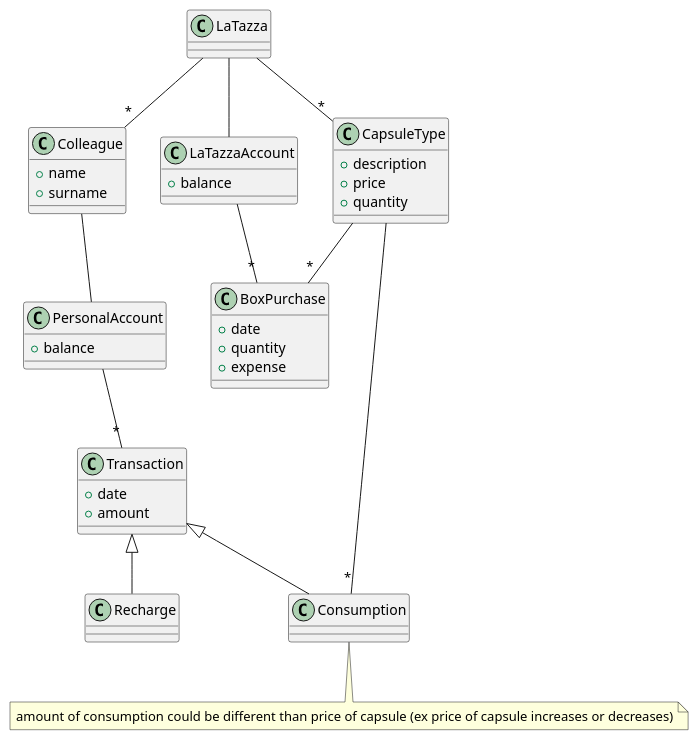
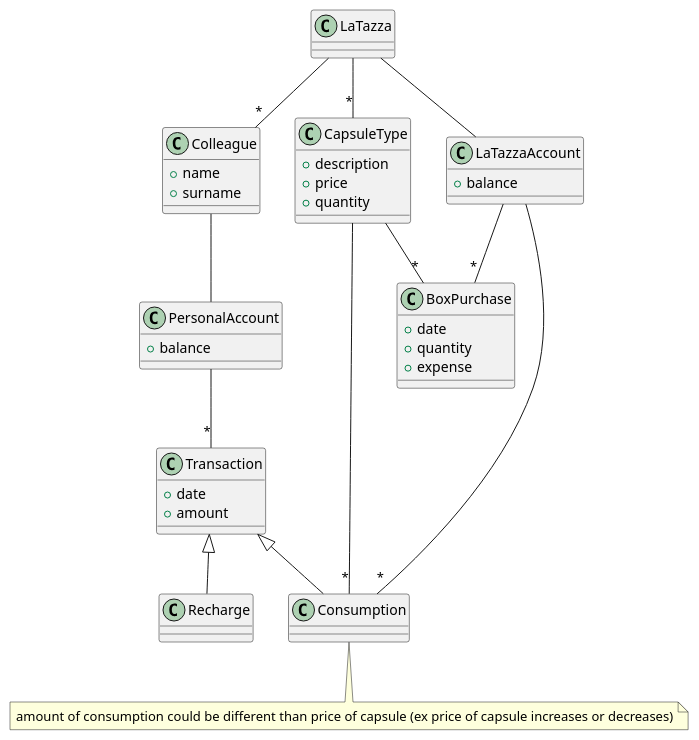
The second of 4 diagrams in Official Requirements Document.md (salvatore-dimartino/LaTazza), drawn with PlantUML before and after one commit. The commit also changed other lines of this file, not shown here.

````diff
--- a/Official Requirements Document.md
+++ b/Official Requirements Document.md
@@ -190,55 +189,56 @@
 ```plantuml
 class LaTazza
 class Colleague {
 + name
 + surname
 }
 
 class PersonalAccount {
 + balance
 }
 
 class CapsuleType {
 + description
 + price
 + quantity
 }
 
 class LaTazzaAccount {
 + balance
 }
 
 class BoxPurchase {
 + date
 + quantity
 + expense
 }
 
 class Transaction {
 + date
 + amount
 }
 
 class Recharge
 class Consumption
 
 note "amount of consumption could be different than price of capsule (ex price of capsule increases or decreases)" as n
 
 
 LaTazza -- "*" Colleague
 LaTazza -- "*" CapsuleType
 LaTazza -- LaTazzaAccount
 
 LaTazzaAccount -- "*" BoxPurchase
+LaTazzaAccount -- "*" Consumption
 
 CapsuleType -- "*" Consumption
 CapsuleType -- "*" BoxPurchase
 
 Colleague -- PersonalAccount
 PersonalAccount -- "*" Transaction
 
 Transaction <|-- Recharge
 Transaction <|-- Consumption
 
 Consumption -- n
 ```
````
